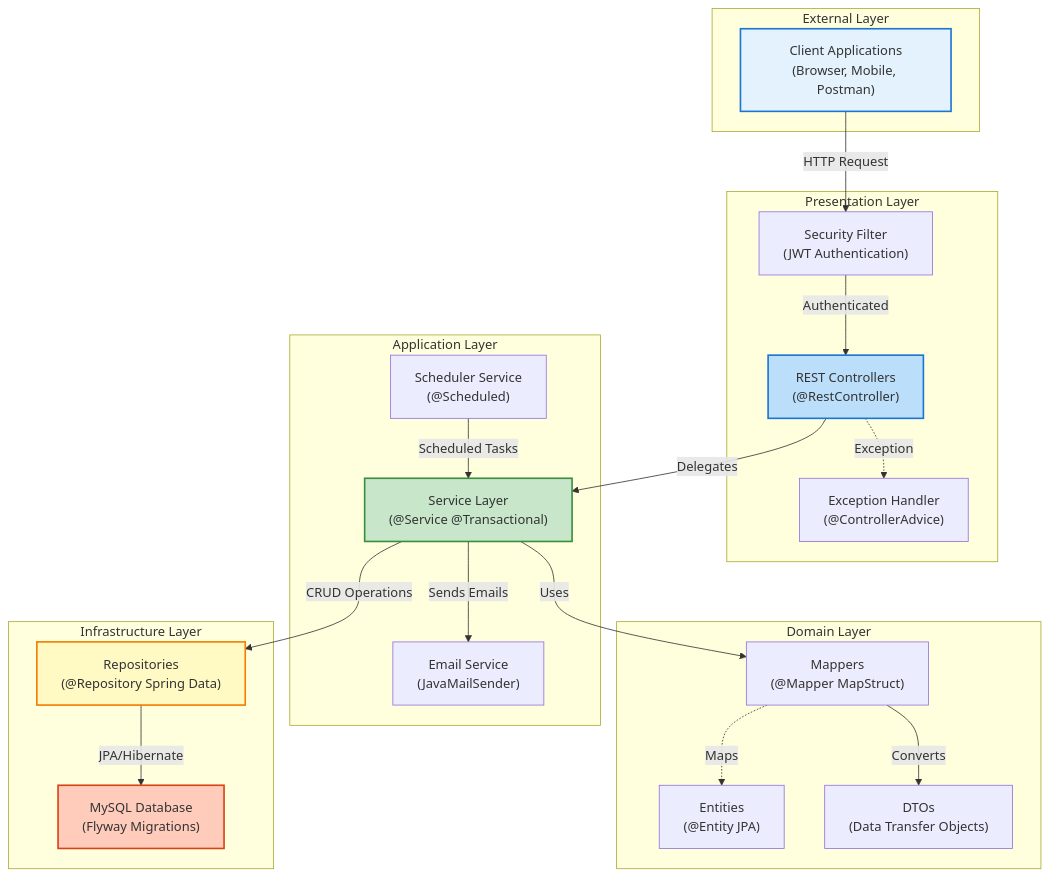
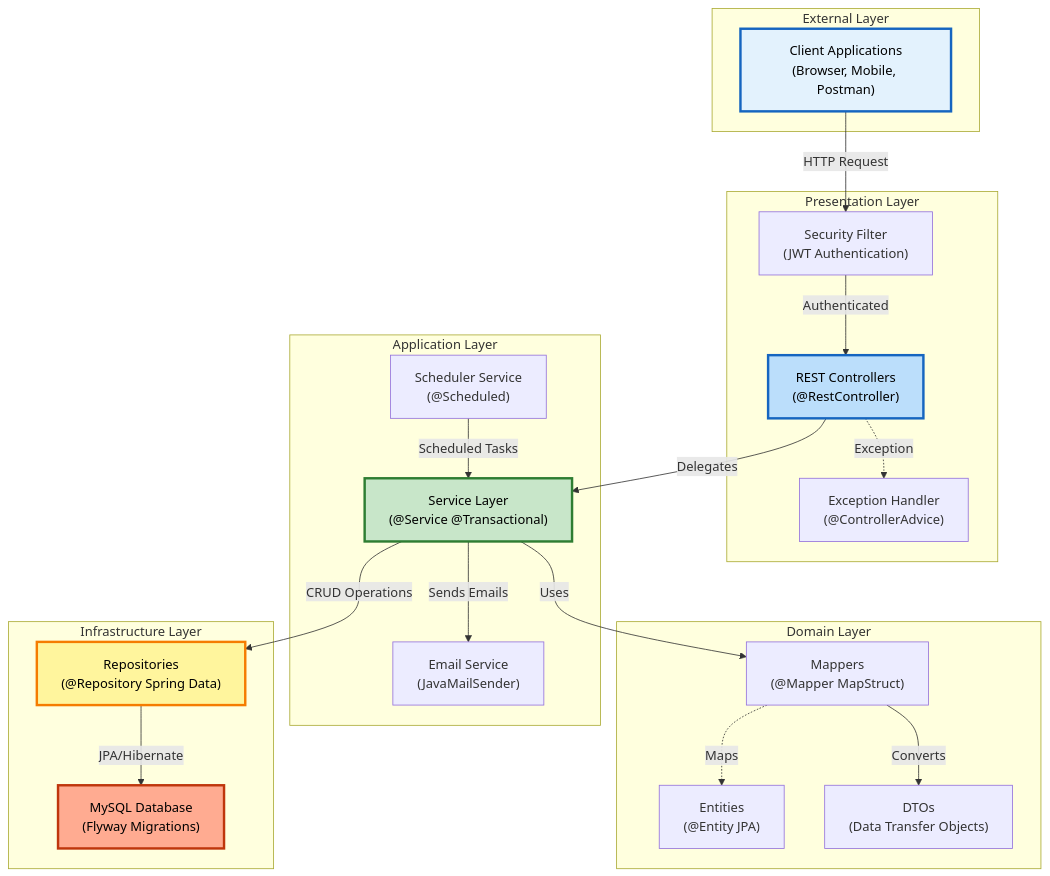
One commit to DonatoCorbacioDev/bcm-v2-backend changed the first of 2 diagrams in README.md. Above: the diagram before and after it, drawn with Mermaid.

Commit message:
fix: improve mermaid diagram text contrast and readability
- Force black text color on all diagram nodes
- Use lighter background colors for better contrast
- Increase stroke width from 2px to 3px
- Ensure WCAG AAA compliance for accessibility

````diff
--- a/README.md
+++ b/README.md
@@ -64,47 +64,47 @@
 ```mermaid
 graph TB
     subgraph External["External Layer"]
         A["Client Applications<br>(Browser, Mobile, Postman)"]
     end
     
     subgraph Presentation["Presentation Layer"]
         B["REST Controllers<br>(@RestController)"]
         C["Exception Handler<br>(@ControllerAdvice)"]
         D["Security Filter<br>(JWT Authentication)"]
     end
     
     subgraph Application["Application Layer"]
         E["Service Layer<br>(@Service @Transactional)"]
         F["Scheduler Service<br>(@Scheduled)"]
         G["Email Service<br>(JavaMailSender)"]
     end
     
     subgraph Domain["Domain Layer"]
         H["Entities<br>(@Entity JPA)"]
         I["DTOs<br>(Data Transfer Objects)"]
         J["Mappers<br>(@Mapper MapStruct)"]
     end
     
     subgraph Infrastructure["Infrastructure Layer"]
         K["Repositories<br>(@Repository Spring Data)"]
         L["MySQL Database<br>(Flyway Migrations)"]
     end
     
     A -->|HTTP Request| D
     D -->|Authenticated| B
     B -->|Delegates| E
     B -.->|Exception| C
     E -->|Uses| J
     J -->|Converts| I
     J -.->|Maps| H
     E -->|CRUD Operations| K
     K -->|JPA/Hibernate| L
     E -->|Sends Emails| G
     F -->|Scheduled Tasks| E
     
-    style A fill:#e3f2fd,stroke:#1976d2,stroke-width:2px
-    style B fill:#bbdefb,stroke:#1976d2,stroke-width:2px
-    style E fill:#c8e6c9,stroke:#388e3c,stroke-width:2px
-    style K fill:#fff9c4,stroke:#f57c00,stroke-width:2px
-    style L fill:#ffccbc,stroke:#d84315,stroke-width:2px
+    style A fill:#e3f2fd,stroke:#1565c0,stroke-width:3px,color:#000
+    style B fill:#bbdefb,stroke:#1565c0,stroke-width:3px,color:#000
+    style E fill:#c8e6c9,stroke:#2e7d32,stroke-width:3px,color:#000
+    style K fill:#fff59d,stroke:#f57c00,stroke-width:3px,color:#000
+    style L fill:#ffab91,stroke:#bf360c,stroke-width:3px,color:#000
 ```
````
